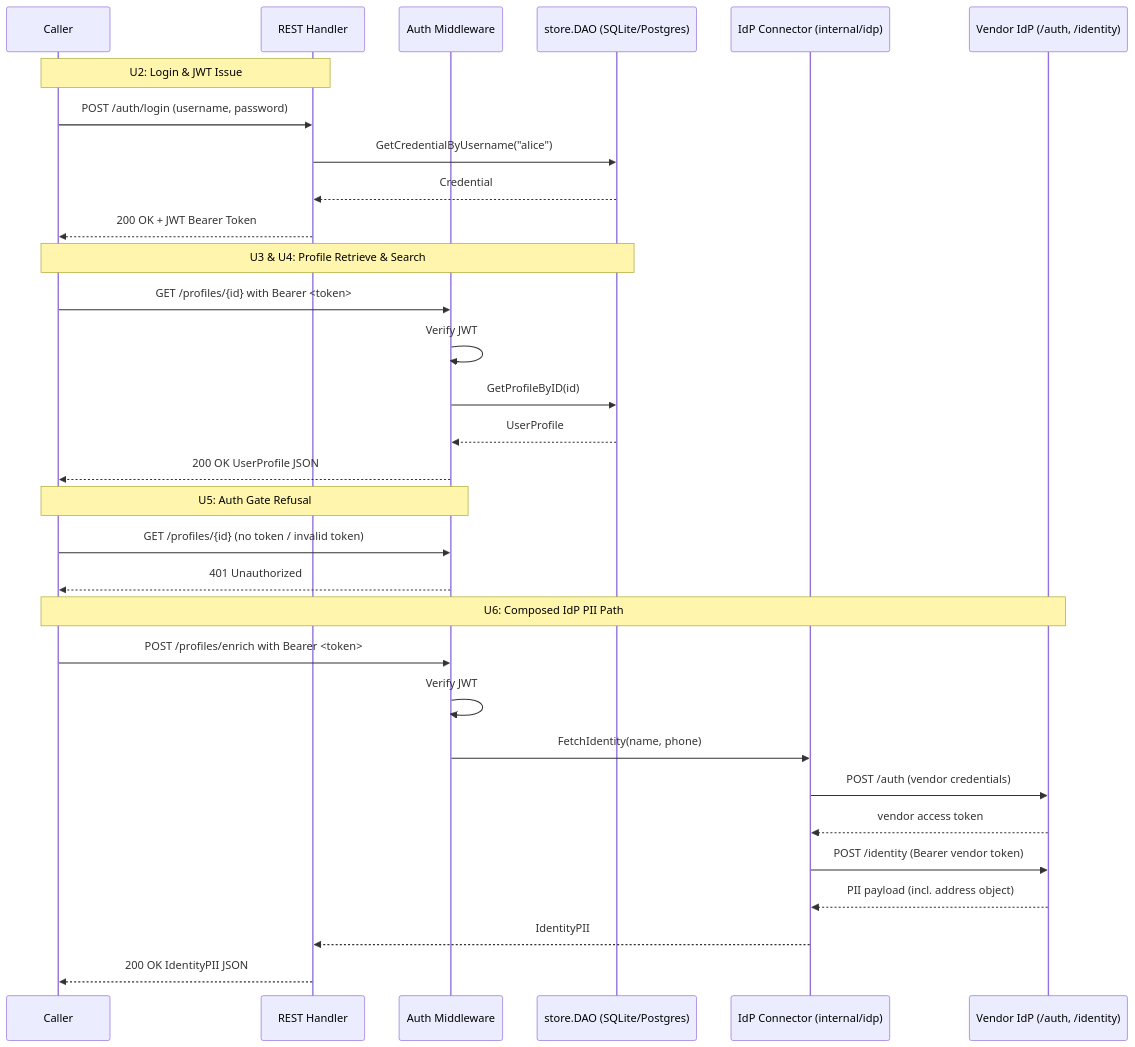
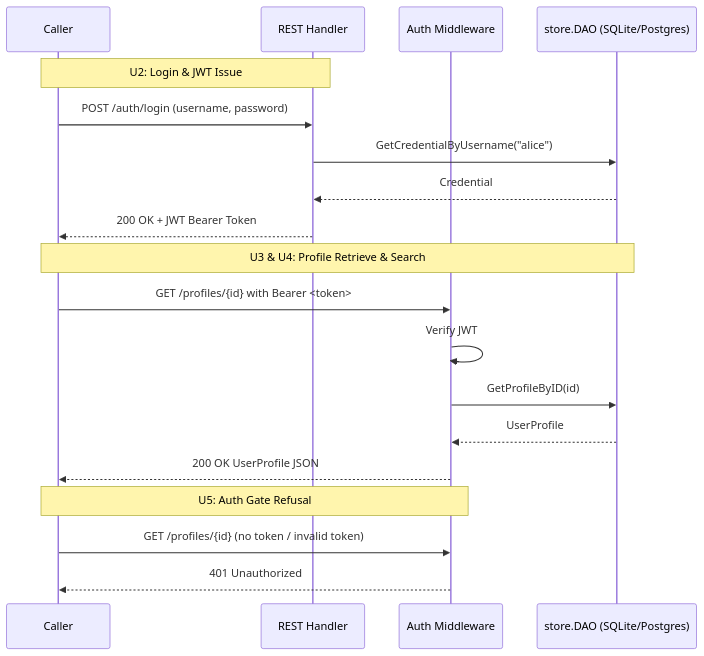
Before and after one commit to svanegmond/identity-oct-6: the diagram in project/demos/ENG-561-identity-go-service.md, drawn with Mermaid. The commit also changed other lines of this file and 11 other files, not shown here.

First line of the commit message:
fix(identity): remove public REST enrich path after Lead withdrew AC-10/VC-2

````diff
--- a/project/demos/ENG-561-identity-go-service.md
+++ b/project/demos/ENG-561-identity-go-service.md
@@ -53,37 +51,24 @@
 ```mermaid
 sequenceDiagram
   participant Caller
   participant REST as REST Handler
   participant Auth as Auth Middleware
   participant DAO as store.DAO (SQLite/Postgres)
-  participant IdP as IdP Connector (internal/idp)
-  participant FakeIdP as Vendor IdP (/auth, /identity)
 
   Note over Caller,REST: U2: Login & JWT Issue
   Caller->>REST: POST /auth/login (username, password)
   REST->>DAO: GetCredentialByUsername("alice")
   DAO-->>REST: Credential
   REST-->>Caller: 200 OK + JWT Bearer Token
 
   Note over Caller,DAO: U3 & U4: Profile Retrieve & Search
   Caller->>Auth: GET /profiles/{id} with Bearer <token>
   Auth->>Auth: Verify JWT
   Auth->>DAO: GetProfileByID(id)
   DAO-->>Auth: UserProfile
   Auth-->>Caller: 200 OK UserProfile JSON
 
   Note over Caller,Auth: U5: Auth Gate Refusal
   Caller->>Auth: GET /profiles/{id} (no token / invalid token)
   Auth-->>Caller: 401 Unauthorized
-
-  Note over Caller,FakeIdP: U6: Composed IdP PII Path
-  Caller->>Auth: POST /profiles/enrich with Bearer <token>
-  Auth->>Auth: Verify JWT
-  Auth->>IdP: FetchIdentity(name, phone)
-  IdP->>FakeIdP: POST /auth (vendor credentials)
-  FakeIdP-->>IdP: vendor access token
-  IdP->>FakeIdP: POST /identity (Bearer vendor token)
-  FakeIdP-->>IdP: PII payload (incl. address object)
-  IdP-->>REST: IdentityPII
-  REST-->>Caller: 200 OK IdentityPII JSON
 ```
````
